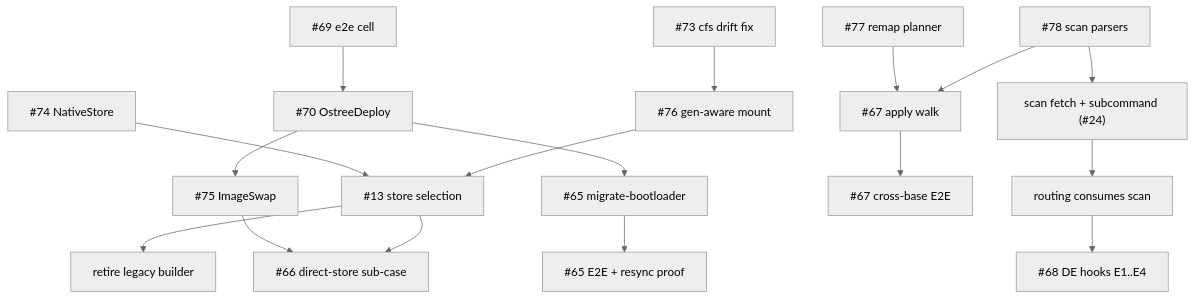
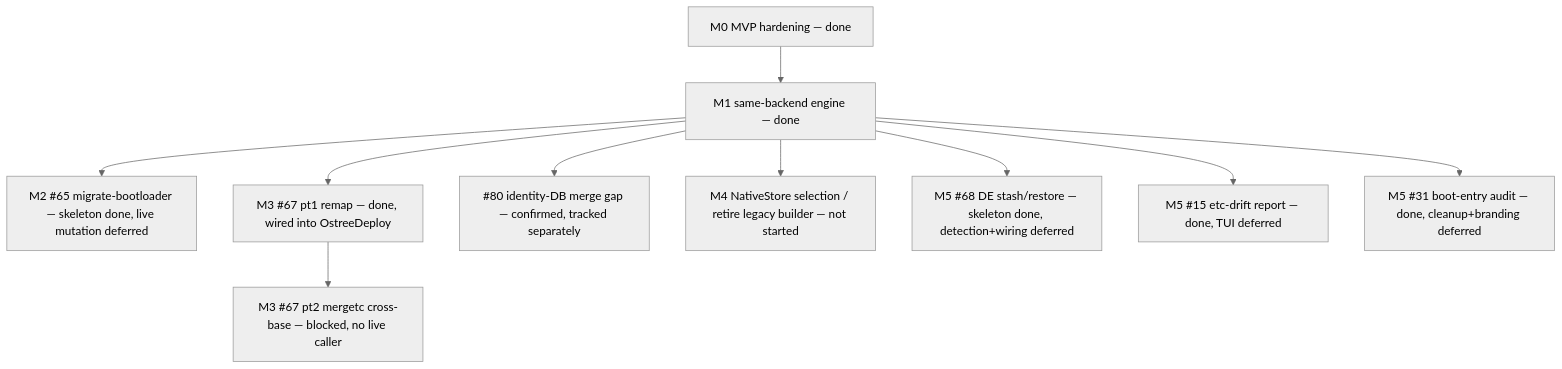
One commit to tuna-os/bootc-migrate-composefs changed the diagram in ROADMAP.md. Above: the diagram before and after it, drawn with Mermaid (neutral theme). The commit also changed other lines of this file and 2 other files, not shown here.

````diff
--- a/ROADMAP.md
+++ b/ROADMAP.md
@@ -135,18 +161,12 @@
 ```mermaid
 graph TD
-  M73["#73 cfs drift fix"] --> M76["#76 gen-aware mount"]
-  M69["#69 e2e cell"] --> M70["#70 OstreeDeploy"] --> M75["#75 ImageSwap"]
-  M74["#74 NativeStore"] --> SEL["#13 store selection"]
-  M76 --> SEL
-  M78["#78 scan parsers"] --> FETCH["scan fetch + subcommand (#24)"]
-  FETCH --> ROUTE["routing consumes scan"]
-  M77["#77 remap planner"] --> APPLY["#67 apply walk"]
-  M78 --> APPLY
-  APPLY --> XBASE["#67 cross-base E2E"]
-  M70 --> BL["#65 migrate-bootloader"]
-  BL --> BLE2E["#65 E2E + resync proof"]
-  SEL --> RETIRE["retire legacy builder"]
-  M75 --> DIRECT["#66 direct-store sub-case"]
-  SEL --> DIRECT
-  ROUTE --> DE["#68 DE hooks E1..E4"]
+  M0["M0 MVP hardening — done"] --> M1["M1 same-backend engine — done"]
+  M1 --> M2["M2 #65 migrate-bootloader — skeleton done, live mutation deferred"]
+  M1 --> M3P1["M3 #67 pt1 remap — done, wired into OstreeDeploy"]
+  M3P1 --> M3P2["M3 #67 pt2 mergetc cross-base — blocked, no live caller"]
+  M1 --> GAP80["#80 identity-DB merge gap — confirmed, tracked separately"]
+  M1 --> M4["M4 NativeStore selection / retire legacy builder — not started"]
+  M1 --> M5A["M5 #68 DE stash/restore — skeleton done, detection+wiring deferred"]
+  M1 --> M5B["M5 #15 etc-drift report — done, TUI deferred"]
+  M1 --> M5C["M5 #31 boot-entry audit — done, cleanup+branding deferred"]
 ```
````
